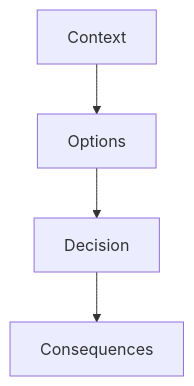
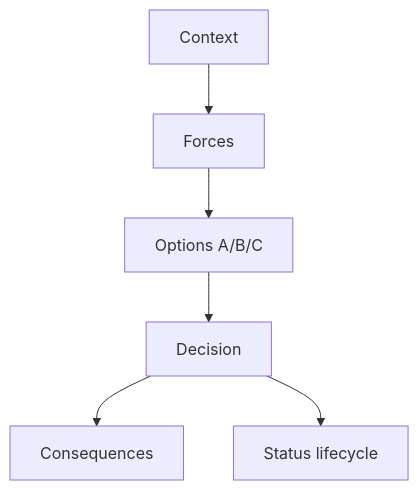
One commit to AlexanderNY/cursor_test changed the diagram in nine-to-eighteen/ui/src/data/learn/java/jv14-adr-bus-vs-broker.md. Above: the diagram before and after it, drawn with Mermaid. The commit also changed other lines of this file and 3060 other files, not shown here.

````diff
--- a/nine-to-eighteen/ui/src/data/learn/java/jv14-adr-bus-vs-broker.md
+++ b/nine-to-eighteen/ui/src/data/learn/java/jv14-adr-bus-vs-broker.md
@@ -58,6 +94,8 @@
 ```mermaid
 flowchart TB
-  C[Context] --> O[Options]
-  O --> D[Decision]
-  D --> P[Consequences]
+  C["Context"] --> F["Forces"]
+  F --> O["Options A/B/C"]
+  O --> D["Decision"]
+  D --> Q["Consequences"]
+  D --> S["Status lifecycle"]
 ```
````
